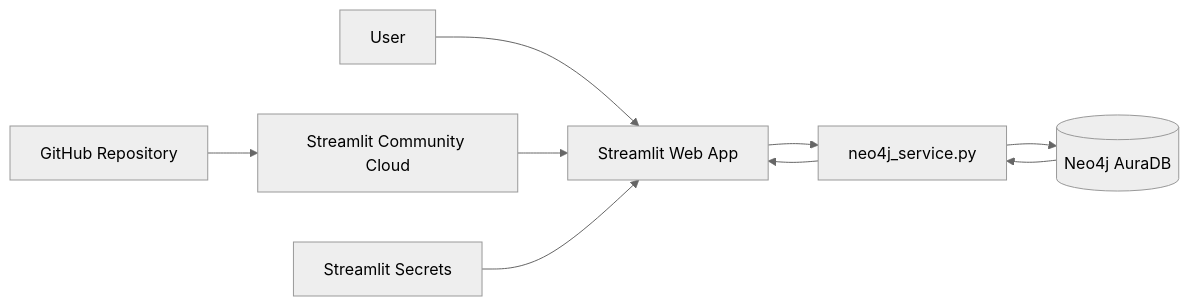
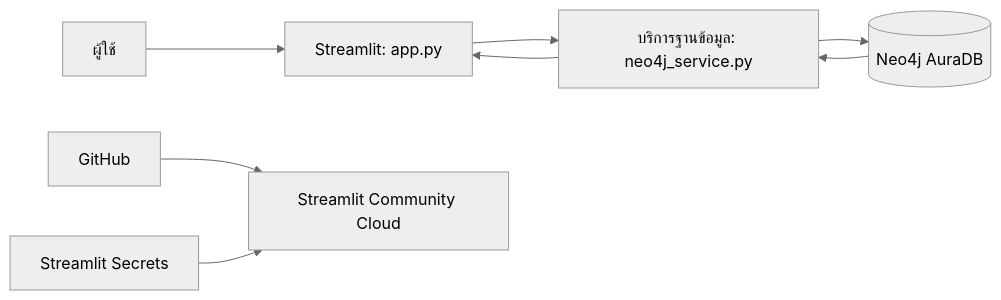
One commit to pungpisduangdaw01-arch/664245004pj changed the first of 2 diagrams in docs/PROJECT_GUIDE_TH.md. Above: the diagram before and after it, drawn with Mermaid (neutral theme). The commit also changed other lines of this file and 3 other files, not shown here.

````diff
--- a/docs/PROJECT_GUIDE_TH.md
+++ b/docs/PROJECT_GUIDE_TH.md
@@ -20,11 +19,10 @@
 ```mermaid
 flowchart LR
-    U[User] --> ST[Streamlit Web App]
-    ST --> PY[neo4j_service.py]
-    PY --> NEO[(Neo4j AuraDB)]
-    NEO --> PY
-    PY --> ST
-    GH[GitHub Repository] --> CLOUD[Streamlit Community Cloud]
-    CLOUD --> ST
-    SEC[Streamlit Secrets] --> ST
+    U[ผู้ใช้] --> APP[Streamlit: app.py]
+    APP --> SVC[บริการฐานข้อมูล: neo4j_service.py]
+    SVC --> DB[(Neo4j AuraDB)]
+    DB --> SVC
+    SVC --> APP
+    GH[GitHub] --> CLOUD[Streamlit Community Cloud]
+    SECRET[Streamlit Secrets] --> CLOUD
 ```
````
